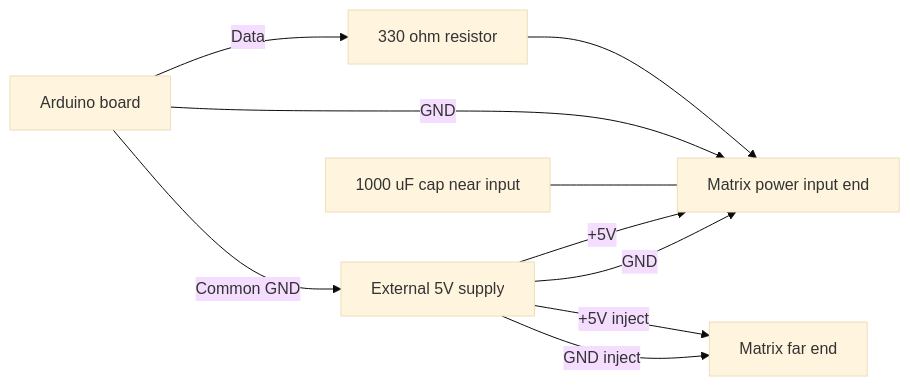
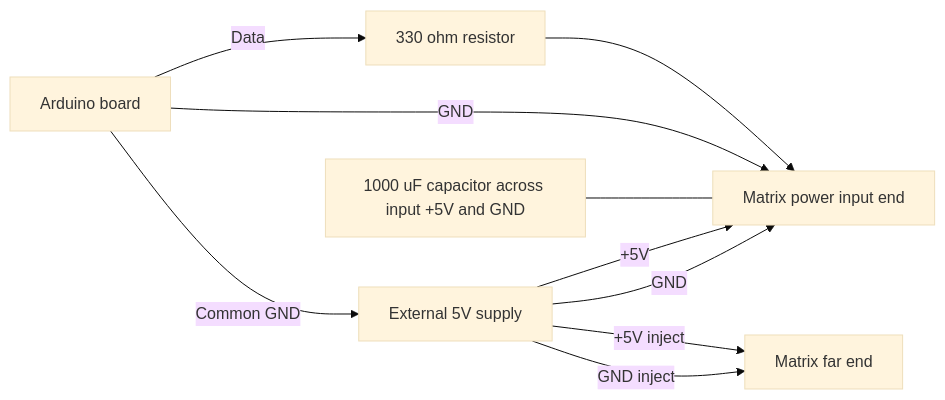
One commit to timnickel/250-yeaars-usa changed the fourth of 4 diagrams in notes/wiring-options.md. Above: the diagram before and after it, drawn with Mermaid (base theme). The commit also changed other lines of this file and 1 other file, not shown here.

Commit message:
adds capacitor details

````diff
--- a/notes/wiring-options.md
+++ b/notes/wiring-options.md
@@ -83,18 +87,18 @@
 ```mermaid
 flowchart LR
     A[Arduino board]
     R[330 ohm resistor]
     M1[Matrix power input end]
     M2[Matrix far end]
     PSU[External 5V supply]
-    C1[1000 uF cap near input]
+    C1[1000 uF capacitor across input +5V and GND]
 
     A -- Data --> R --> M1
     A -- GND --> M1
     PSU -- +5V --> M1
     PSU -- GND --> M1
     PSU -- +5V inject --> M2
     PSU -- GND inject --> M2
     A -- Common GND --> PSU
     C1 --- M1
 ```
````
